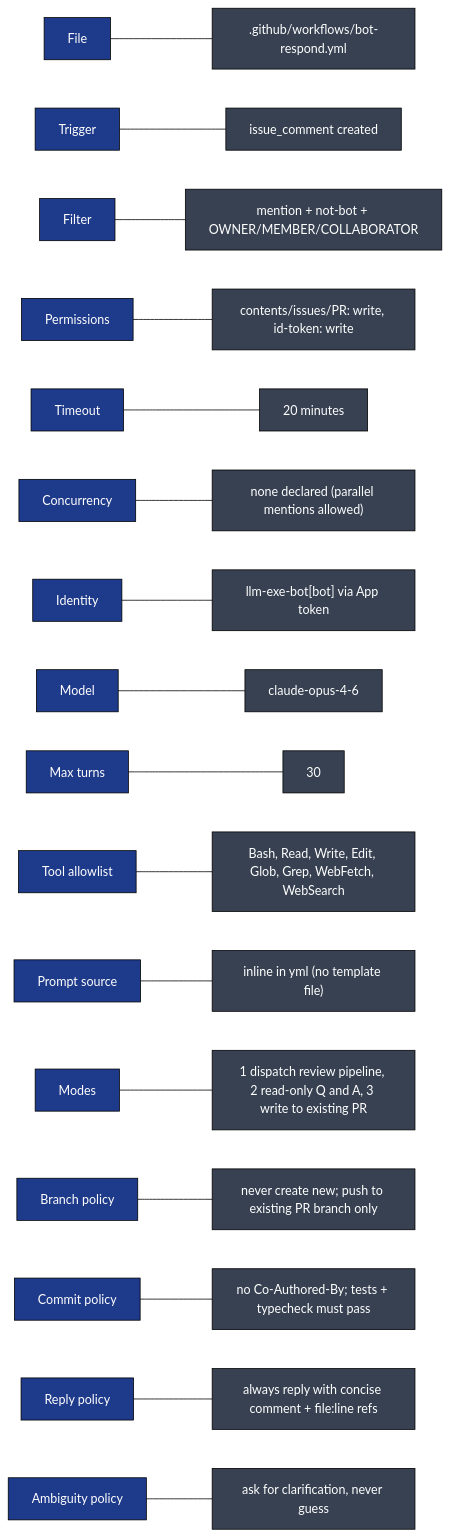
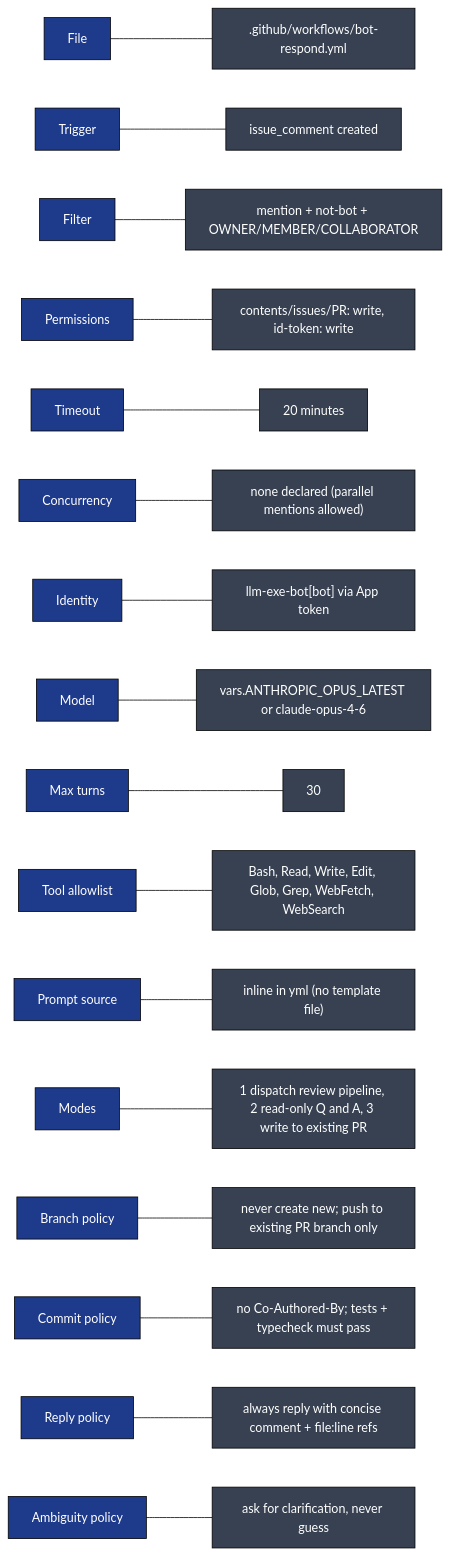
Before and after one commit to gregreindel/llm-exe: diagram 13 of 13 in .github/docs/BOT_RESPOND_DEEP_DIVE.md, drawn with Mermaid (forest theme). The commit also changed other lines of this file and 7 other files, not shown here.

````diff
--- a/.github/docs/BOT_RESPOND_DEEP_DIVE.md
+++ b/.github/docs/BOT_RESPOND_DEEP_DIVE.md
@@ -573,22 +573,22 @@
 ```mermaid
 flowchart LR
     classDef k fill:#1e3a8a,color:#fff,stroke:#000
     classDef v fill:#374151,color:#fff,stroke:#000
 
     K1["File"]:::k --- V1[".github/workflows/bot-respond.yml"]:::v
     K2["Trigger"]:::k --- V2["issue_comment created"]:::v
     K3["Filter"]:::k --- V3["mention + not-bot + OWNER/MEMBER/COLLABORATOR"]:::v
     K4["Permissions"]:::k --- V4["contents/issues/PR: write, id-token: write"]:::v
     K5["Timeout"]:::k --- V5["20 minutes"]:::v
     K6["Concurrency"]:::k --- V6["none declared (parallel mentions allowed)"]:::v
     K7["Identity"]:::k --- V7["llm-exe-bot[bot] via App token"]:::v
-    K8["Model"]:::k --- V8["claude-opus-4-6"]:::v
+    K8["Model"]:::k --- V8["vars.ANTHROPIC_OPUS_LATEST or claude-opus-4-6"]:::v
     K9["Max turns"]:::k --- V9["30"]:::v
     K10["Tool allowlist"]:::k --- V10["Bash, Read, Write, Edit, Glob, Grep, WebFetch, WebSearch"]:::v
     K11["Prompt source"]:::k --- V11["inline in yml (no template file)"]:::v
     K12["Modes"]:::k --- V12["1 dispatch review pipeline, 2 read-only Q and A, 3 write to existing PR"]:::v
     K13["Branch policy"]:::k --- V13["never create new; push to existing PR branch only"]:::v
     K14["Commit policy"]:::k --- V14["no Co-Authored-By; tests + typecheck must pass"]:::v
     K15["Reply policy"]:::k --- V15["always reply with concise comment + file:line refs"]:::v
     K16["Ambiguity policy"]:::k --- V16["ask for clarification, never guess"]:::v
 ```
````
